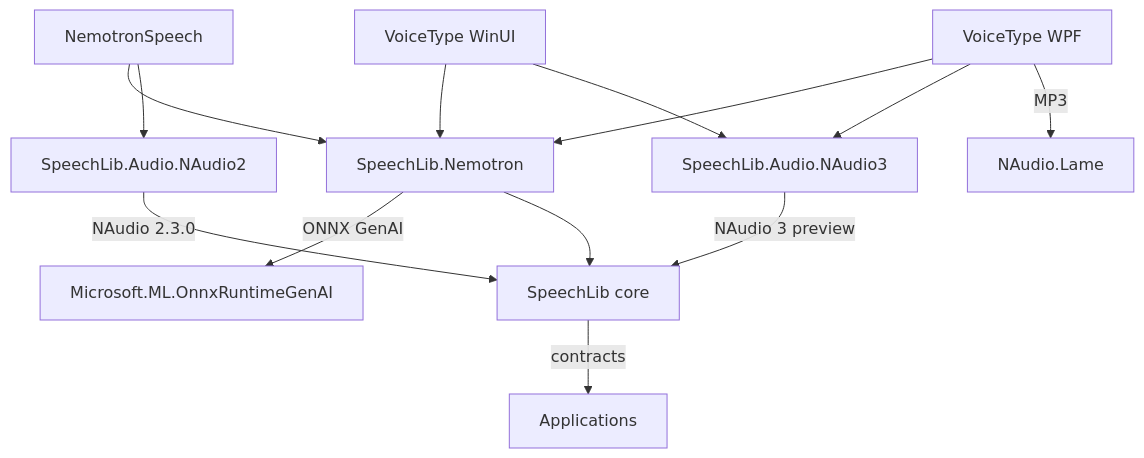
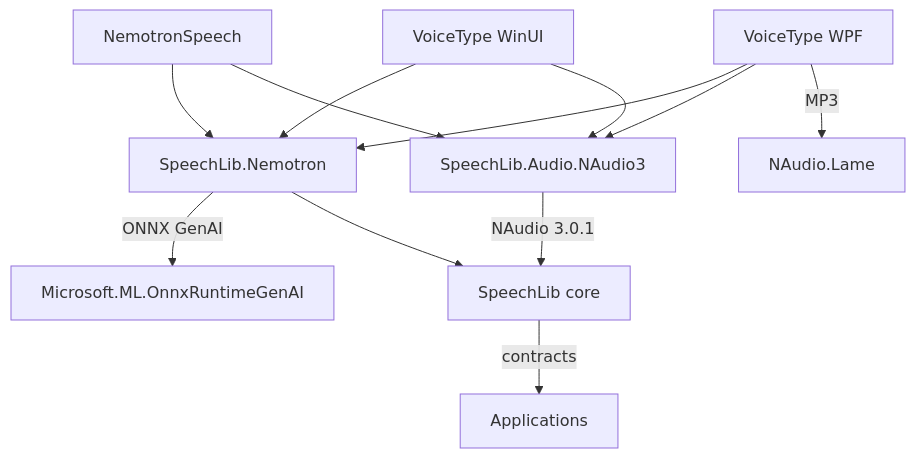
The diagram in README.md (DimQ1/nemotron-speech-csharp), drawn with Mermaid before and after one commit. The commit also changed other lines of this file and 33 other files, not shown here.

````diff
--- a/README.md
+++ b/README.md
@@ -77,15 +76,14 @@
 ```mermaid
 graph TD
   SL[SpeechLib core] --> |contracts| APP[Applications]
-  NA2[SpeechLib.Audio.NAudio2] --> |NAudio 2.3.0| SL
-  NA3[SpeechLib.Audio.NAudio3] --> |NAudio 3 preview| SL
+  NA3[SpeechLib.Audio.NAudio3] --> |NAudio 3.0.1| SL
   NM[SpeechLib.Nemotron] --> |ONNX GenAI| ORT[Microsoft.ML.OnnxRuntimeGenAI]
   NM --> SL
   CLI[NemotronSpeech] --> NM
-  CLI --> NA2
+  CLI --> NA3
   VT[VoiceType WPF] --> NM
   VT --> NA3
   VU[VoiceType WinUI] --> NM
   VU --> NA3
     VT --> |MP3| LAME[NAudio.Lame]
 ```
````
